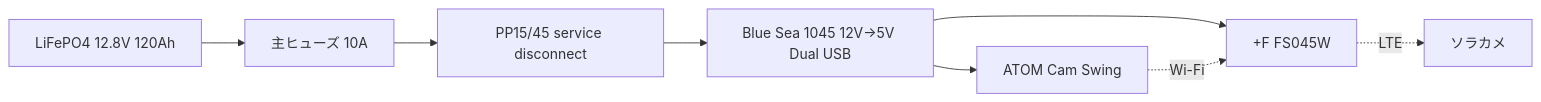
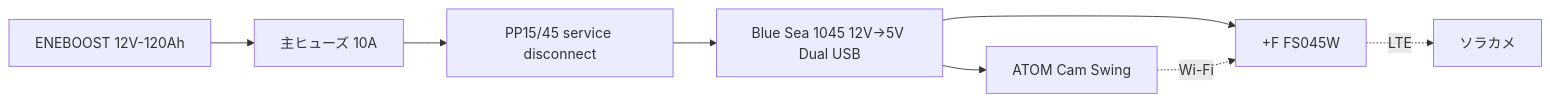
Before and after one commit to koizumikento/field-device-system: the diagram in devices/outdoor-cloud-camera/diagrams/power-and-wiring.md, drawn with Mermaid. The commit also changed other lines of this file and 7 other files, not shown here.

````diff
--- a/devices/outdoor-cloud-camera/diagrams/power-and-wiring.md
+++ b/devices/outdoor-cloud-camera/diagrams/power-and-wiring.md
@@ -21,10 +20,10 @@
 ```mermaid
 flowchart LR
-  B["LiFePO4 12.8V 120Ah"] --> F["主ヒューズ 10A"]
+  B["ENEBOOST 12V-120Ah"] --> F["主ヒューズ 10A"]
   F --> P["PP15/45 service disconnect"]
   P --> U["Blue Sea 1045 12V→5V Dual USB"]
   U --> C["ATOM Cam Swing"]
   U --> R["+F FS045W"]
   C -. Wi-Fi .-> R
   R -. LTE .-> S["ソラカメ"]
 ```
````
